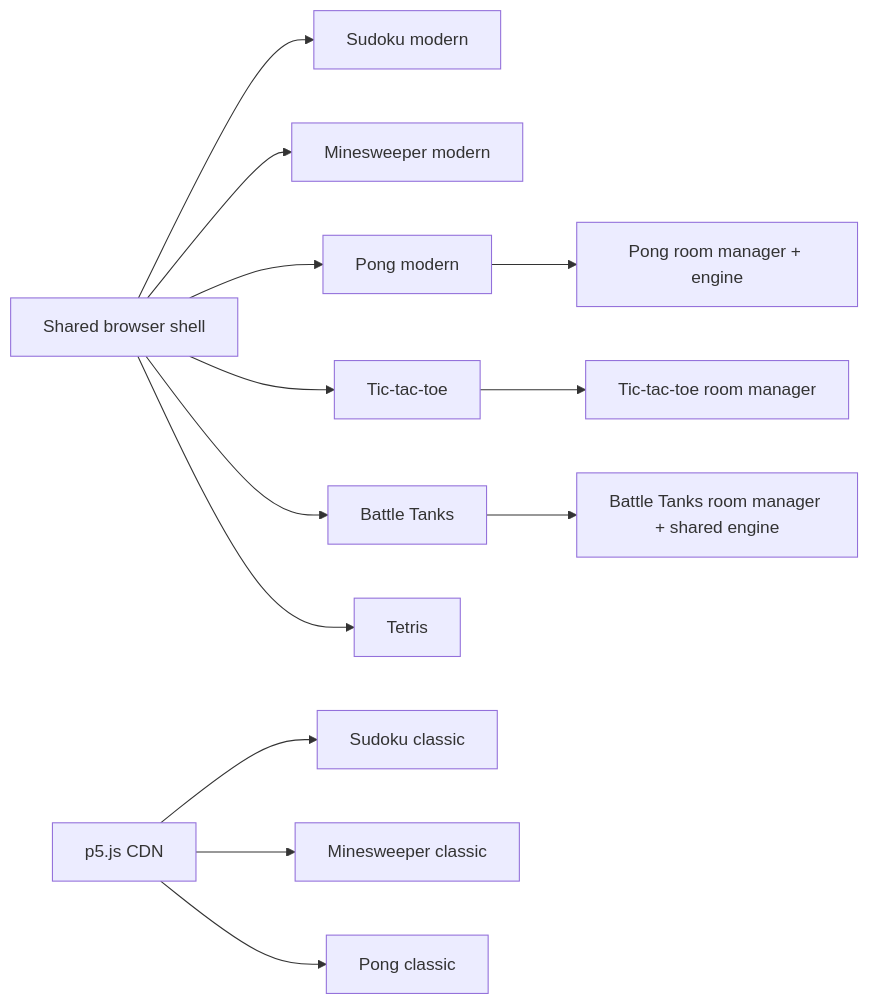
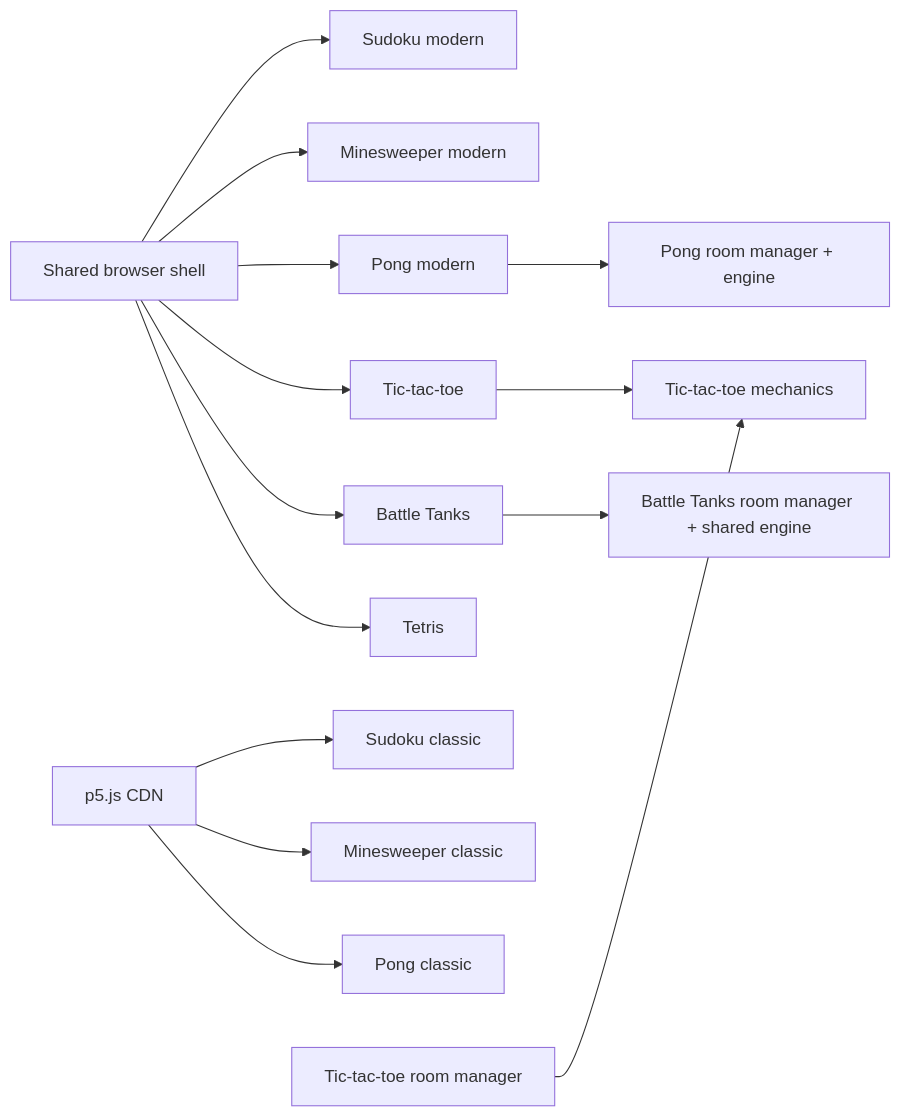
Before and after one commit to bashmohandes/Javascript: the third of 8 diagrams in docs/architecture.md, drawn with Mermaid. The commit also changed other lines of this file and 9 other files, not shown here.

Commit message:
Extract Tic-tac-toe mechanics core

````diff
--- a/docs/architecture.md
+++ b/docs/architecture.md
@@ -126,15 +126,16 @@
 ```mermaid
 flowchart LR
   Shared[Shared browser shell] --> SU[Sudoku modern]
   Shared --> MS[Minesweeper modern]
   Shared --> PO[Pong modern]
   Shared --> TT[Tic-tac-toe]
   Shared --> BT[Battle Tanks]
   Shared --> TE[Tetris]
   P5[p5.js CDN] --> SUC[Sudoku classic]
   P5 --> MSC[Minesweeper classic]
   P5 --> POC[Pong classic]
   PO --> WR[Pong room manager + engine]
-  TT --> TR[Tic-tac-toe room manager]
+  TT --> TG[Tic-tac-toe mechanics]
+  TR[Tic-tac-toe room manager] --> TG
   BT --> BR[Battle Tanks room manager + shared engine]
 ```
````
